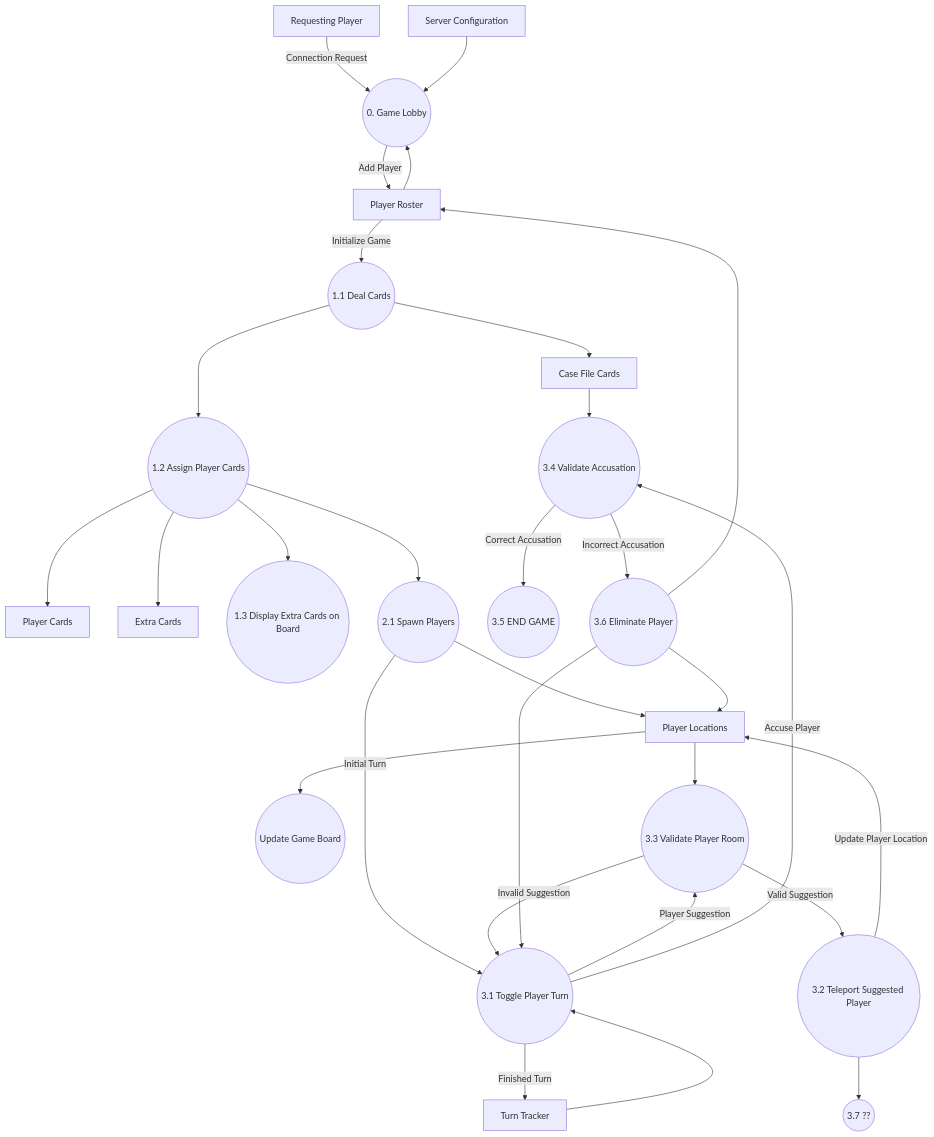
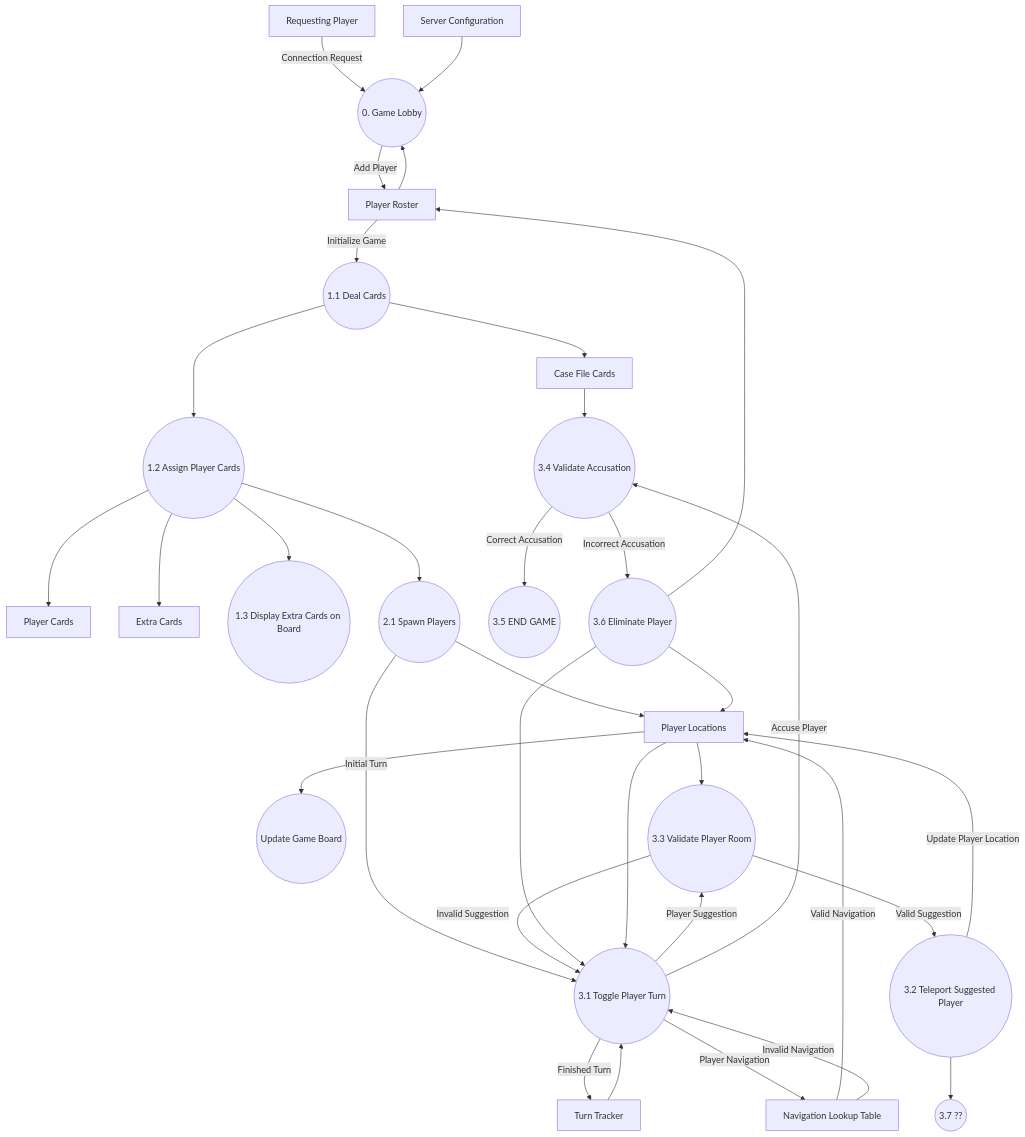
One commit to YiangoKarp/Clue-Less changed the diagram in diagrams/data_flow_diagram.md. Above: the diagram before and after it, drawn with Mermaid.

Commit message:
Added player navigation dataflow

````diff
--- a/diagrams/data_flow_diagram.md
+++ b/diagrams/data_flow_diagram.md
@@ -1,39 +1,43 @@
 ```mermaid
 
 graph TD
 
 RP[Requesting Player] --> | Connection Request | 0((0. Game Lobby))
 0 --> | Add Player | PR[Player Roster]
 PR --> 0
 SC[Server Configuration] --> 0
 PR --> | Initialize Game | 1.1((1.1 Deal Cards))
 1.1 --> CF[Case File Cards]
 1.1 --> 1.2((1.2 Assign Player Cards))
 1.2 --> PC[Player Cards]
 1.2 --> EC[Extra Cards]
 1.2 --> 1.3((1.3 Display Extra Cards on Board))
 1.2 --> 2.1((2.1 Spawn Players))
 2.1 --> PL[Player Locations]
 PL --> 2.2((Update Game Board)) 
 2.1 --> | Initial Turn |3.1((3.1 Toggle Player Turn))
 3.1 --> | Finished Turn | TT[Turn Tracker]
 TT --> 3.1
 
 3.1 --> | Player Suggestion | 3.3((3.3 Validate Player Room))
 PL --> 3.3
 3.3 --> | Invalid Suggestion | 3.1
 3.3 --> | Valid Suggestion | 3.2((3.2 Teleport Suggested Player))
 3.2 --> | Update Player Location | PL
 3.2 --> 3.7((3.7 ??))
 
 3.1 --> | Accuse Player | 3.4((3.4 Validate Accusation))
 CF --> 3.4
 3.4 --> | Correct Accusation | 3.5((3.5 END GAME))
 3.4 --> | Incorrect Accusation | 3.6((3.6 Eliminate Player))
 3.6 --> PR
 3.6 --> PL
 3.6 --> 3.1
 
+3.1 --> | Player Navigation | NL[Navigation Lookup Table]
+NL --> | Valid Navigation | PL
+NL --> | Invalid Navigation | 3.1
+PL --> 3.1
 
 
 ```
````
